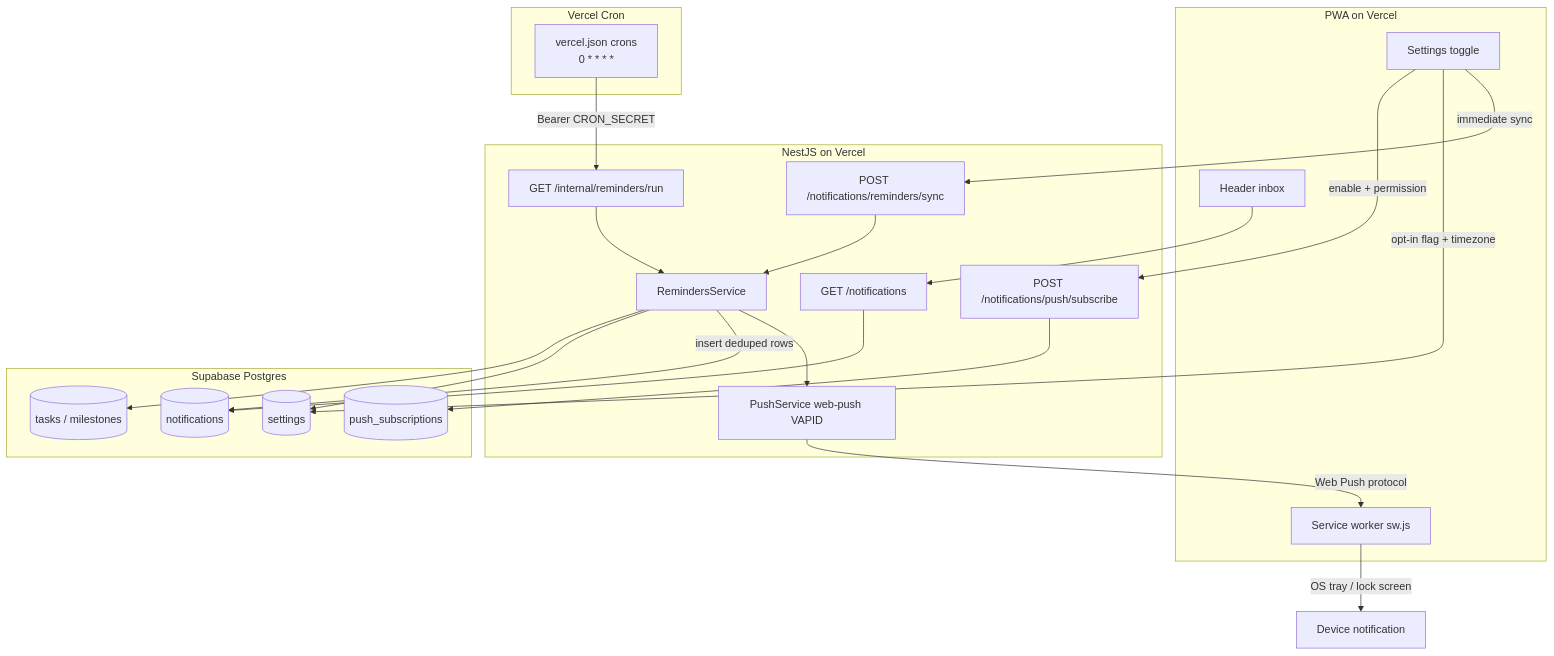
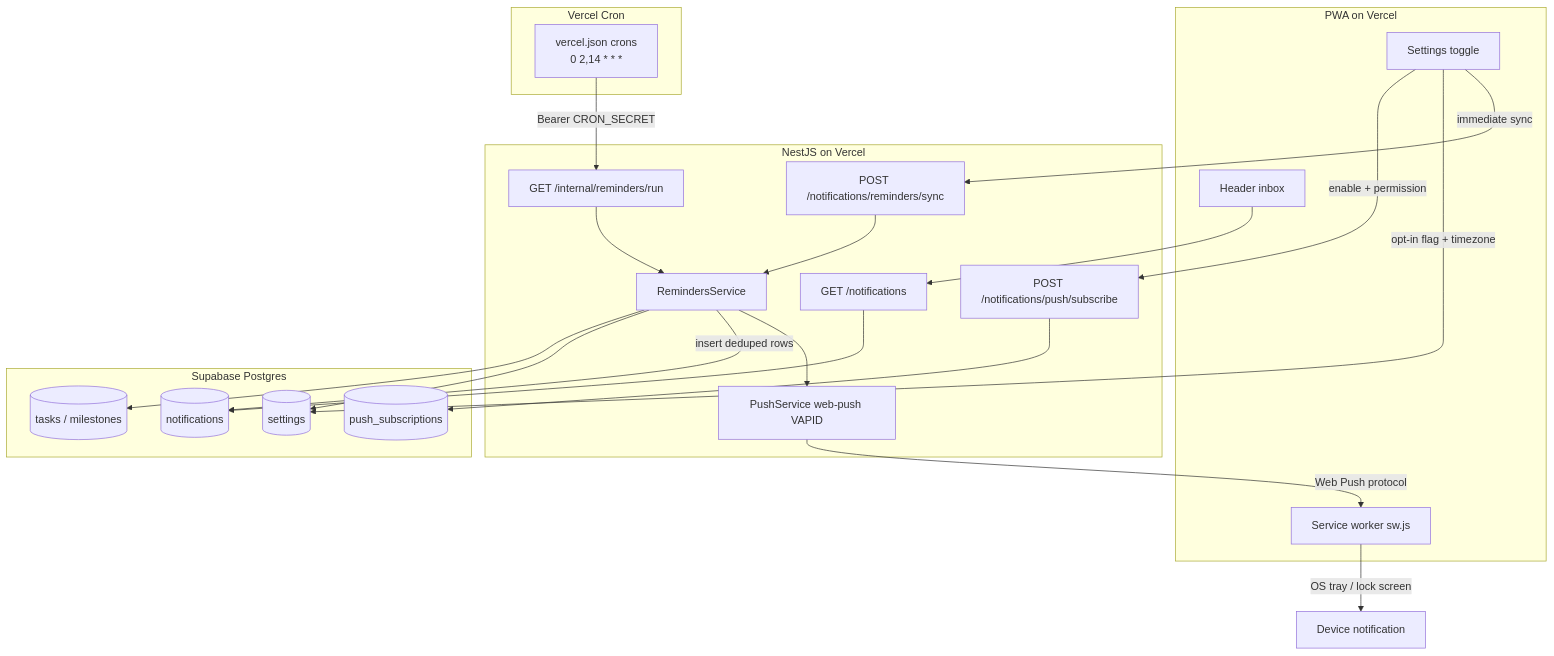
Before and after one commit to hemants1703/AmbitiousYou: the first of 4 diagrams in apps/backend/docs/notifications-cron.md, drawn with Mermaid. The commit also changed other lines of this file and 6 other files, not shown here.

````diff
--- a/apps/backend/docs/notifications-cron.md
+++ b/apps/backend/docs/notifications-cron.md
@@ -23,44 +23,44 @@
 ```mermaid
 flowchart TB
   subgraph clients [PWA on Vercel]
     Settings[Settings toggle]
     SW[Service worker sw.js]
     Inbox[Header inbox]
   end
 
   subgraph backend [NestJS on Vercel]
     SubAPI[POST /notifications/push/subscribe]
     SyncAPI[POST /notifications/reminders/sync]
     CronAPI[GET /internal/reminders/run]
     Reminders[RemindersService]
     Push[PushService web-push VAPID]
     InboxAPI[GET /notifications]
   end
 
   subgraph data [Supabase Postgres]
     SettingsTbl[(settings)]
     Subs[(push_subscriptions)]
     Notifs[(notifications)]
     Tasks[(tasks / milestones)]
   end
 
   subgraph schedule [Vercel Cron]
-    VC["vercel.json crons\n0 * * * *"]
+    VC["vercel.json crons\n0 2,14 * * *"]
   end
 
   Settings -->|enable + permission| SubAPI
   SubAPI --> Subs
   Settings -->|opt-in flag + timezone| SettingsTbl
   Settings -->|immediate sync| SyncAPI
   VC -->|Bearer CRON_SECRET| CronAPI
   CronAPI --> Reminders
   SyncAPI --> Reminders
   Reminders --> Tasks
   Reminders --> SettingsTbl
   Reminders -->|insert deduped rows| Notifs
   Reminders --> Push
   Push -->|Web Push protocol| SW
   SW -->|OS tray / lock screen| OS[Device notification]
   Inbox --> InboxAPI
   InboxAPI --> Notifs
 ```
````
